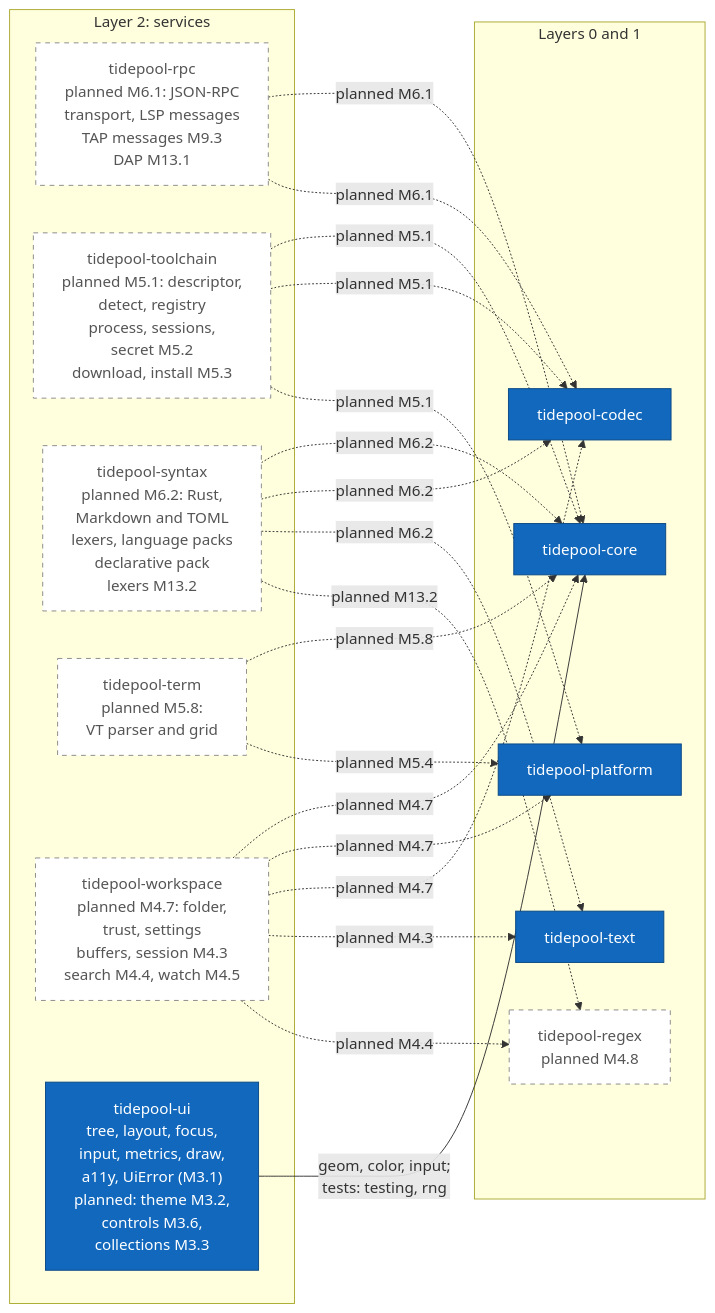
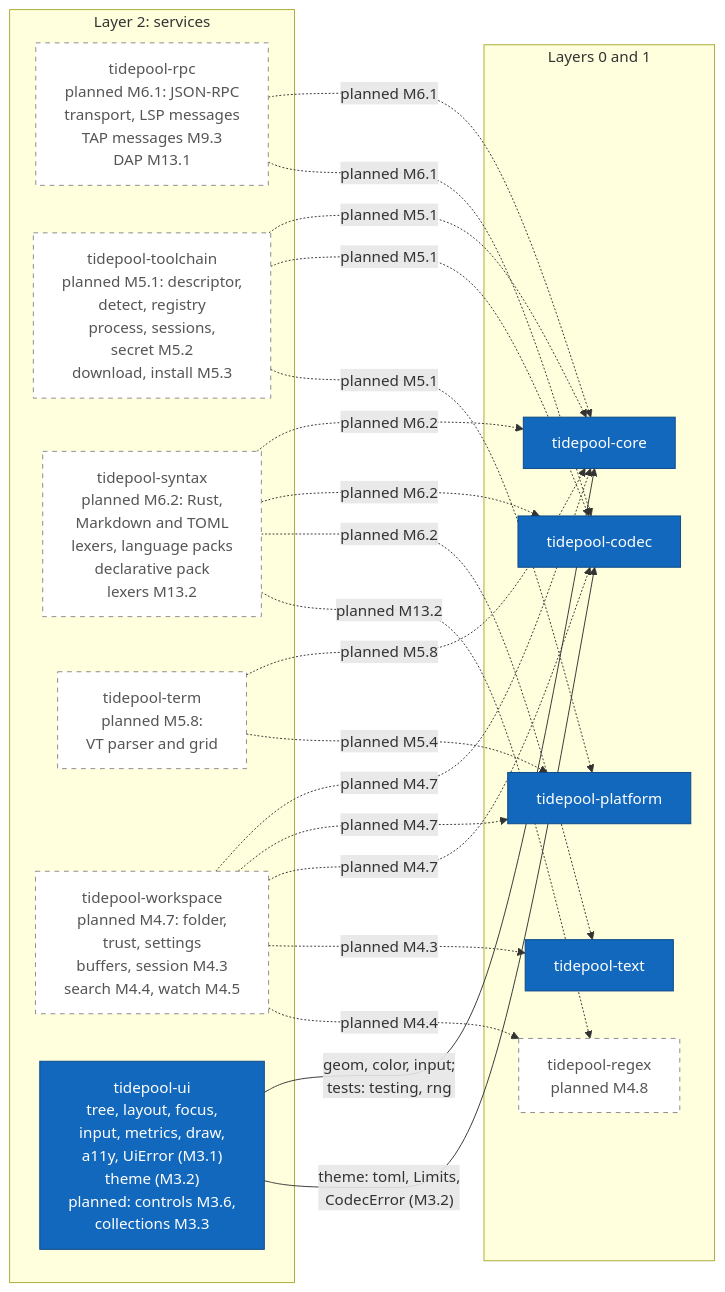
Before and after one commit to jabbott-iii/Tidepool: the seventh of 17 diagrams in diagrams/c4-architecture.md, drawn with Mermaid. The commit also changed other lines of this file and 50 other files, not shown here.

````diff
--- a/diagrams/c4-architecture.md
+++ b/diagrams/c4-architecture.md
@@ -354,41 +364,42 @@
 ```mermaid
 flowchart LR
     subgraph L2["Layer 2: services"]
         k_rpc["tidepool-rpc<br/>planned M6.1: JSON-RPC<br/>transport, LSP messages<br/>TAP messages M9.3<br/>DAP M13.1"]
         k_toolchain["tidepool-toolchain<br/>planned M5.1: descriptor,<br/>detect, registry<br/>process, sessions,<br/>secret M5.2<br/>download, install M5.3"]
         k_syntax["tidepool-syntax<br/>planned M6.2: Rust,<br/>Markdown and TOML<br/>lexers, language packs<br/>declarative pack<br/>lexers M13.2"]
         k_term["tidepool-term<br/>planned M5.8:<br/>VT parser and grid"]
         k_workspace["tidepool-workspace<br/>planned M4.7: folder,<br/>trust, settings<br/>buffers, session M4.3<br/>search M4.4, watch M4.5"]
-        k_ui["tidepool-ui<br/>tree, layout, focus,<br/>input, metrics, draw,<br/>a11y, UiError (M3.1)<br/>planned: theme M3.2,<br/>controls M3.6,<br/>collections M3.3"]
+        k_ui["tidepool-ui<br/>tree, layout, focus,<br/>input, metrics, draw,<br/>a11y, UiError (M3.1)<br/>theme (M3.2)<br/>planned: controls M3.6,<br/>collections M3.3"]
     end
     subgraph L01["Layers 0 and 1"]
         k_platform["tidepool-platform"]
         k_codec["tidepool-codec"]
         k_text["tidepool-text"]
         k_regex["tidepool-regex<br/>planned M4.8"]
         k_core["tidepool-core"]
     end
 
     k_rpc -.->|"planned M6.1"| k_core
     k_rpc -.->|"planned M6.1"| k_codec
     k_toolchain -.->|"planned M5.1"| k_core
     k_toolchain -.->|"planned M5.1"| k_codec
     k_toolchain -.->|"planned M5.1"| k_platform
     k_syntax -.->|"planned M6.2"| k_core
     k_syntax -.->|"planned M6.2"| k_codec
     k_syntax -.->|"planned M6.2"| k_text
     k_syntax -.->|"planned M13.2"| k_regex
     k_term -.->|"planned M5.8"| k_core
     k_term -.->|"planned M5.4"| k_platform
     k_workspace -.->|"planned M4.7"| k_core
     k_workspace -.->|"planned M4.7"| k_platform
     k_workspace -.->|"planned M4.7"| k_codec
     k_workspace -.->|"planned M4.3"| k_text
     k_workspace -.->|"planned M4.4"| k_regex
     k_ui -->|"geom, color, input;<br/>tests: testing, rng"| k_core
+    k_ui -->|"theme: toml, Limits,<br/>CodecError (M3.2)"| k_codec
 
     classDef built fill:#1168bd,stroke:#0b4884,color:#ffffff
     classDef planned fill:#ffffff,stroke:#888888,stroke-dasharray: 5 5,color:#555555
     class k_platform,k_codec,k_text,k_core,k_ui built
     class k_rpc,k_toolchain,k_syntax,k_term,k_workspace,k_regex planned
 ```
````
